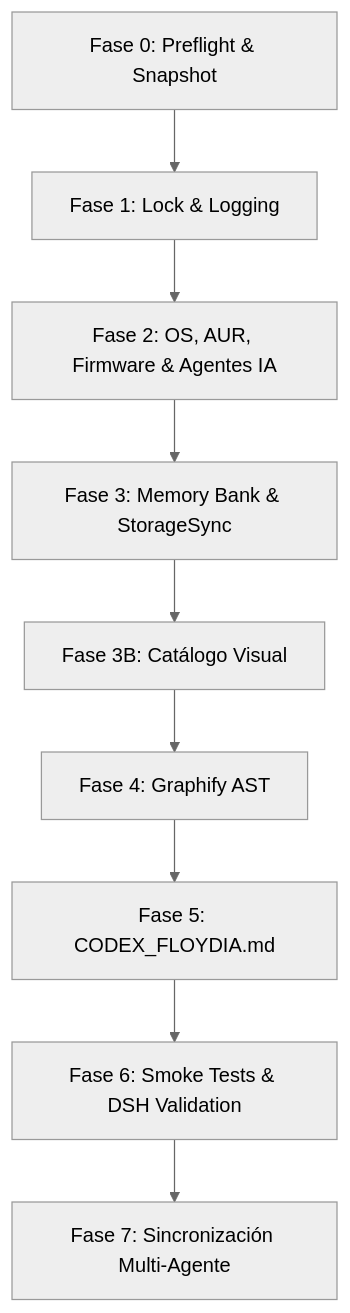
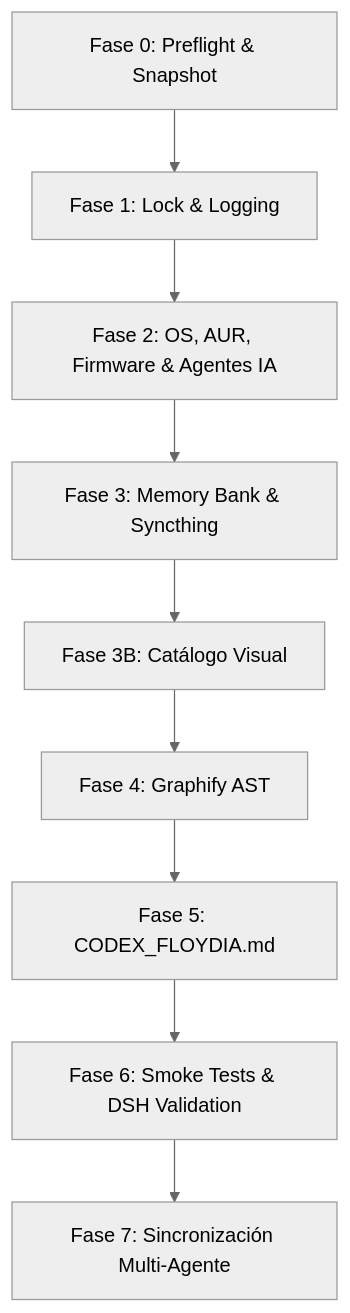
The diagram in skills/f-update-floydia/SKILL.md (floydiamarkv-byte/floydia-skills), drawn with Mermaid (neutral theme) before and after one commit. The commit also changed other lines of this file and 9 other files, not shown here.

````diff
--- a/skills/f-update-floydia/SKILL.md
+++ b/skills/f-update-floydia/SKILL.md
@@ -85,11 +85,11 @@
 ```mermaid
 graph TD
     F0["Fase 0: Preflight & Snapshot"] --> F1["Fase 1: Lock & Logging"]
     F1 --> F2["Fase 2: OS, AUR, Firmware & Agentes IA"]
-    F2 --> F3["Fase 3: Memory Bank & StorageSync"]
+    F2 --> F3["Fase 3: Memory Bank & Syncthing"]
     F3 --> F3B["Fase 3B: Catálogo Visual"]
     F3B --> F4["Fase 4: Graphify AST"]
     F4 --> F5["Fase 5: CODEX_FLOYDIA.md"]
     F5 --> F6["Fase 6: Smoke Tests & DSH Validation"]
     F6 --> F7["Fase 7: Sincronización Multi-Agente"]
 ```
````
